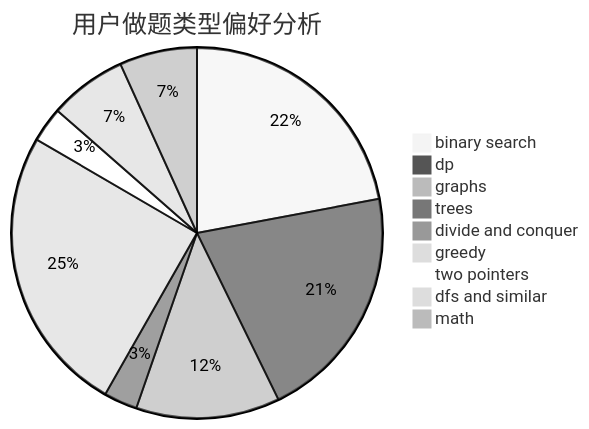
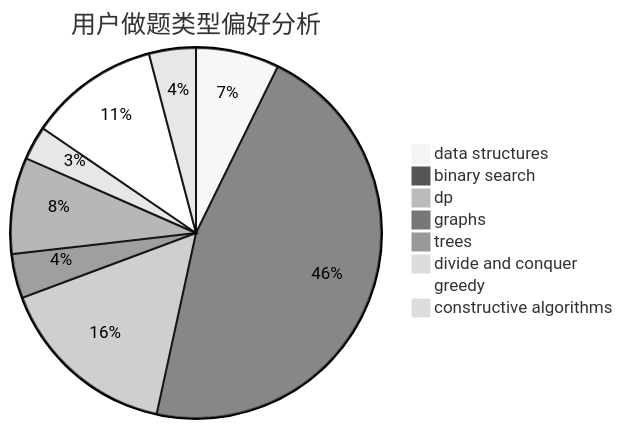
One commit to sherpahu/cfrs.github.io changed the second of 3 diagrams in docs/user/u2366.md. Above: the diagram before and after it, drawn with Mermaid (neutral theme). The commit also changed other lines of this file and 2775 other files, not shown here.

````diff
--- a/docs/user/u2366.md
+++ b/docs/user/u2366.md
@@ -23,12 +23,11 @@
 ```mermaid
 pie title 用户做题类型偏好分析
-    "binary search" :  332
-    "dp" :  312
-    "graphs" :  189
-    "trees" :  44
+    "data structures" :  32
+    "binary search" :  203
+    "dp" :  70
+    "graphs" :  17
+    "trees" :  37
     "divide and conquer" :  13
-    "greedy" :  379
-    "two pointers" :  46
-    "dfs and similar" :  102
-    "math" :  102
+    "greedy" :  50
+    "constructive algorithms" :  18
 ```
````
